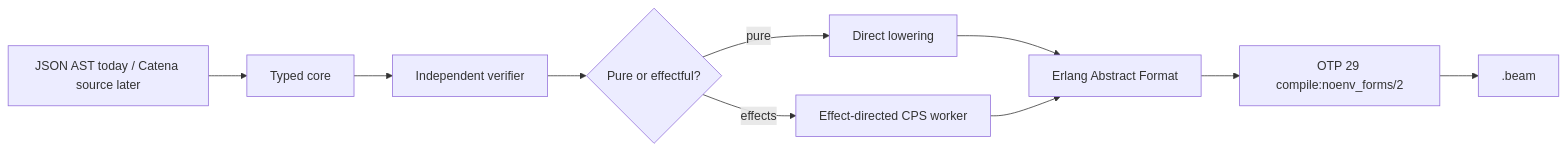
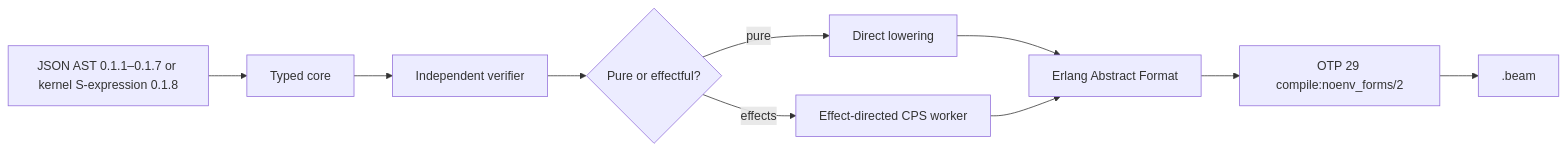
One commit to pcharbon70/catena changed the first of 2 diagrams in guides/language/catena-and-beam.md. Above: the diagram before and after it, drawn with Mermaid. The commit also changed other lines of this file and 35 other files, not shown here.

````diff
--- a/guides/language/catena-and-beam.md
+++ b/guides/language/catena-and-beam.md
@@ -39,12 +41,12 @@
 ```mermaid
 flowchart LR
-    Input[JSON AST today / Catena source later] --> Typed[Typed core]
+    Input[JSON AST 0.1.1–0.1.7 or kernel S-expression 0.1.8] --> Typed[Typed core]
     Typed --> Verify[Independent verifier]
     Verify --> Strategy{Pure or effectful?}
     Strategy -->|pure| Direct[Direct lowering]
     Strategy -->|effects| CPS[Effect-directed CPS worker]
     Direct --> EAF[Erlang Abstract Format]
     CPS --> EAF
     EAF --> OTP[OTP 29 compile:noenv_forms/2]
     OTP --> Beam[.beam]
 ```
````
